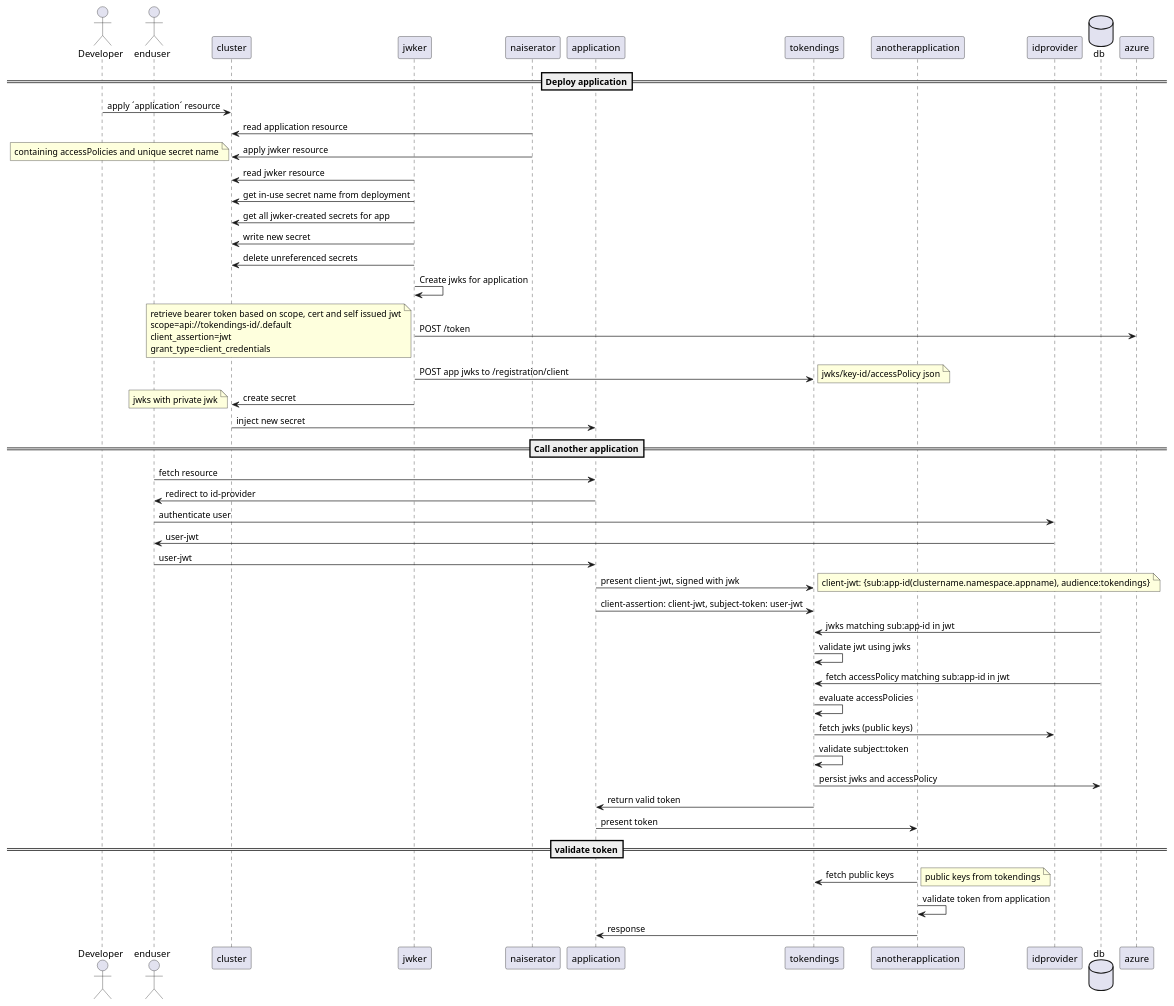
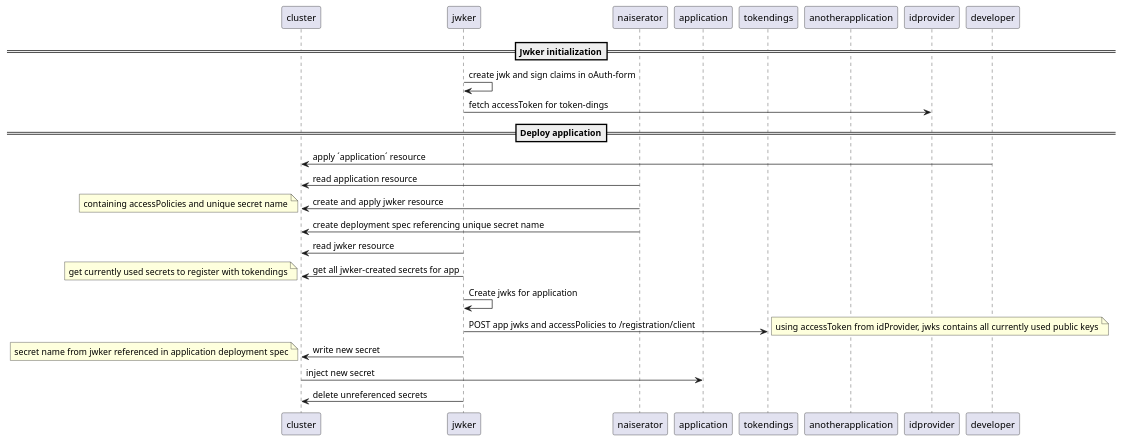
One commit to nais/jwker changed the diagram in doc/sequence.puml. Above: the diagram before and after it, drawn with PlantUML. The commit also changed 3 other files, not shown here.

Commit message:
Adding a small program to generete jwk updating readme and sequence flow.

```diff
--- a/doc/sequence.puml
+++ b/doc/sequence.puml
@@ -1,58 +1,32 @@
 @startuml component
 
-actor developer as "Developer"
-actor enduser as enduser
-participant cluster as "cluster"
-participant jwker as "jwker"
-participant naiserator as "naiserator"
-participant application as "application"
-participant tokendings as "tokendings"
-participant anotherapplication as "anotherapplication"
-participant idprovider as "idprovider"
-database db
+participant cluster
+participant jwker
+participant naiserator
+participant application
+participant tokendings
+participant anotherapplication
+participant idprovider
+
+==Jwker initialization==
+jwker -> jwker: create jwk and sign claims in oAuth-form
+jwker -> idprovider: fetch accessToken for token-dings
 
 ==Deploy application==
 developer -> cluster: apply ´application´ resource
 cluster <- naiserator: read application resource
-cluster <- naiserator: apply jwker resource
+cluster <- naiserator: create and apply jwker resource
 note left: containing accessPolicies and unique secret name
+cluster <- naiserator: create deployment spec referencing unique secret name
 jwker -> cluster: read jwker resource
-jwker -> cluster: get in-use secret name from deployment
 jwker -> cluster: get all jwker-created secrets for app
+note left: get currently used secrets to register with tokendings
+jwker -> jwker: Create jwks for application
+jwker -> tokendings: POST app jwks and accessPolicies to /registration/client
+note right: using accessToken from idProvider, jwks contains all currently used public keys
 jwker -> cluster: write new secret
+note left: secret name from jwker referenced in application deployment spec
+cluster -> application: inject new secret
 jwker -> cluster: delete unreferenced secrets
-jwker -> jwker: Create jwks for application
-jwker ->azure: POST /token
-note left: retrieve bearer token based on scope, cert and self issued jwt\nscope=api://tokendings-id/.default\nclient_assertion=jwt\ngrant_type=client_credentials
-jwker -> tokendings: POST app jwks to /registration/client
-note right: jwks/key-id/accessPolicy json
-jwker -> cluster: create secret
-note left: jwks with private jwk
-cluster -> application: inject new secret
-
-==Call another application==
-enduser -> application: fetch resource
-application -> enduser: redirect to id-provider
-enduser -> idprovider: authenticate user
-idprovider -> enduser: user-jwt
-enduser -> application: user-jwt
-application -> tokendings: present client-jwt, signed with jwk
-note right: client-jwt: {sub:app-id(clustername.namespace.appname), audience:tokendings}
-application -> tokendings: client-assertion: client-jwt, subject-token: user-jwt
-tokendings <- db: jwks matching sub:app-id in jwt
-tokendings -> tokendings: validate jwt using jwks
-tokendings <- db: fetch accessPolicy matching sub:app-id in jwt
-tokendings -> tokendings: evaluate accessPolicies
-tokendings -> idprovider: fetch jwks (public keys)
-tokendings -> tokendings: validate subject:token
-tokendings -> db: persist jwks and accessPolicy
-tokendings -> application: return valid token
-application -> anotherapplication: present token
-
-==validate token==
-anotherapplication -> tokendings: fetch public keys
-note right: public keys from tokendings
-anotherapplication -> anotherapplication: validate token from application
-anotherapplication -> application: response
 
 @enduml
```
